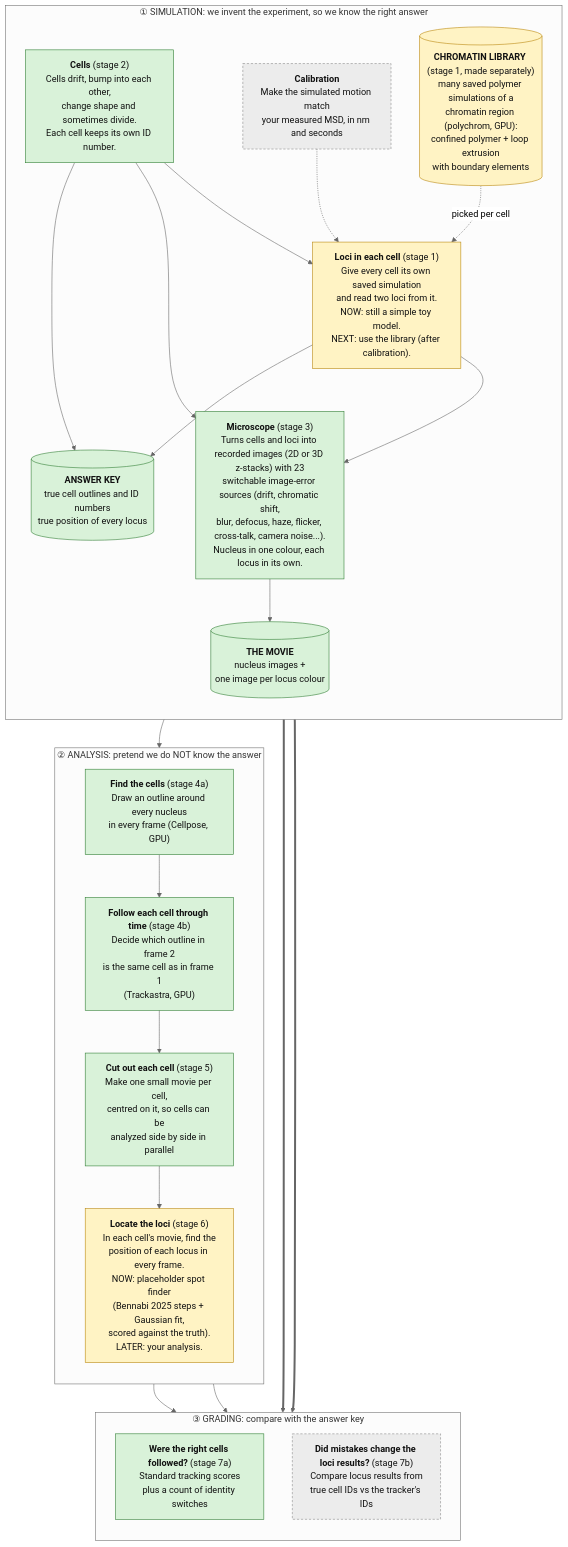
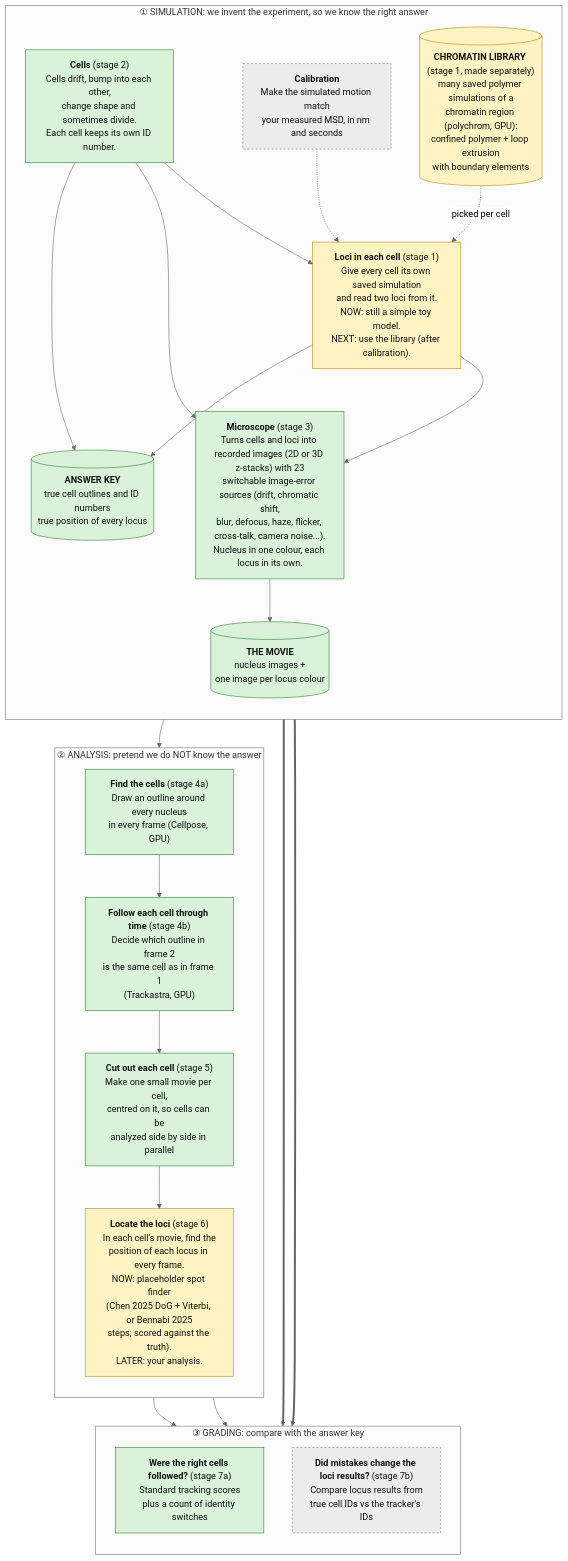
The second of 5 diagrams in docs/ARCHITECTURE.md (CHB-Bohrer/Sim_Live_Cell_Analysis), drawn with Mermaid (neutral theme) before and after one commit. The commit also changed 15 other files, not shown here.

````diff
--- a/docs/ARCHITECTURE.md
+++ b/docs/ARCHITECTURE.md
@@ -36,45 +36,45 @@
 ```mermaid
 flowchart TD
     subgraph SIM["① SIMULATION: we invent the experiment, so we know the right answer"]
         direction TB
         S2["<b>Cells</b> (stage 2)<br/>Cells drift, bump into each other,<br/>change shape and sometimes divide.<br/>Each cell keeps its own ID number."]:::built
         LIB[("<b>CHROMATIN LIBRARY</b> (stage 1, made separately)<br/>many saved polymer simulations of a<br/>chromatin region (polychrom, GPU):<br/>confined polymer + loop extrusion<br/>with boundary elements")]:::standin
         S1["<b>Loci in each cell</b> (stage 1)<br/>Give every cell its own saved simulation<br/>and read two loci from it.<br/>NOW: still a simple toy model.<br/>NEXT: use the library (after calibration)."]:::standin
         CAL["<b>Calibration</b><br/>Make the simulated motion match<br/>your measured MSD, in nm and seconds"]:::planned
         S3["<b>Microscope</b> (stage 3)<br/>Turns cells and loci into recorded images (2D or 3D z-stacks) with 23<br/>switchable image-error sources (drift, chromatic shift,<br/>blur, defocus, haze, flicker, cross-talk, camera noise...).<br/>Nucleus in one colour, each locus in its own."]:::built
         TRUTH[("<b>ANSWER KEY</b><br/>true cell outlines and ID numbers<br/>true position of every locus")]:::built
         MOVIE[("<b>THE MOVIE</b><br/>nucleus images +<br/>one image per locus colour")]:::built
     end
 
     subgraph ANA["② ANALYSIS: pretend we do NOT know the answer"]
         direction TB
         S4A["<b>Find the cells</b> (stage 4a)<br/>Draw an outline around every nucleus<br/>in every frame (Cellpose, GPU)"]:::built
         S4B["<b>Follow each cell through time</b> (stage 4b)<br/>Decide which outline in frame 2<br/>is the same cell as in frame 1<br/>(Trackastra, GPU)"]:::built
         S5["<b>Cut out each cell</b> (stage 5)<br/>Make one small movie per cell,<br/>centred on it, so cells can be<br/>analyzed side by side in parallel"]:::built
-        S6["<b>Locate the loci</b> (stage 6)<br/>In each cell's movie, find the<br/>position of each locus in every frame.<br/>NOW: placeholder spot finder<br/>(Bennabi 2025 steps + Gaussian fit,<br/>scored against the truth).<br/>LATER: your analysis."]:::standin
+        S6["<b>Locate the loci</b> (stage 6)<br/>In each cell's movie, find the<br/>position of each locus in every frame.<br/>NOW: placeholder spot finder<br/>(Chen 2025 DoG + Viterbi, or Bennabi 2025<br/>steps; scored against the truth).<br/>LATER: your analysis."]:::standin
     end
 
     subgraph GRADE["③ GRADING: compare with the answer key"]
         direction TB
         S7A["<b>Were the right cells followed?</b> (stage 7a)<br/>Standard tracking scores<br/>plus a count of identity switches"]:::built
         S7B["<b>Did mistakes change the loci results?</b> (stage 7b)<br/>Compare locus results from<br/>true cell IDs vs the tracker's IDs"]:::planned
     end
 
     CAL -.-> S1
     LIB -.->|"picked per cell"| S1
     S2 --> S1
     S1 --> S3
     S2 --> S3
     S3 --> MOVIE
     S2 --> TRUTH
     S1 --> TRUTH
     MOVIE --> S4A --> S4B --> S5 --> S6
     S4B --> S7A
     S6 --> S7B
     TRUTH ==> S7A
     TRUTH ==> S7B
 
     classDef built fill:#d9f2d9,stroke:#2e7d32,color:#111;
     classDef standin fill:#fff3c4,stroke:#b8860b,color:#111;
     classDef planned fill:#ececec,stroke:#888,stroke-dasharray: 4 3,color:#111;
 ```
````
